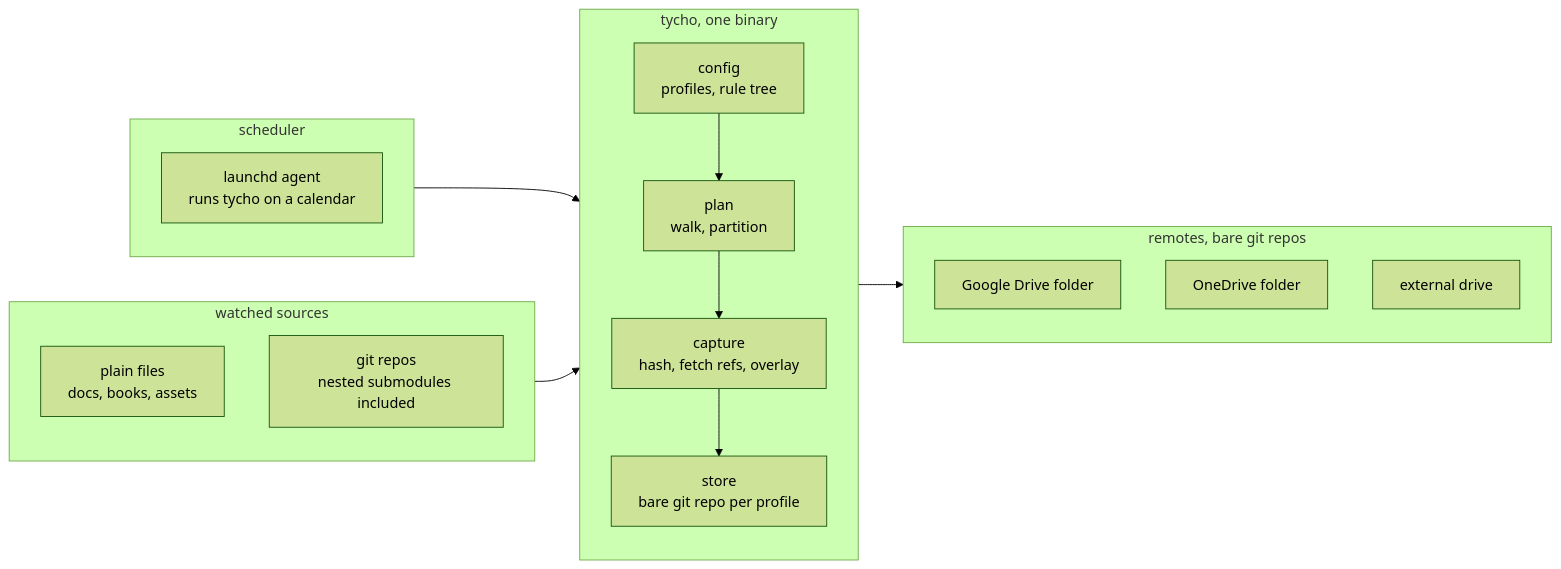
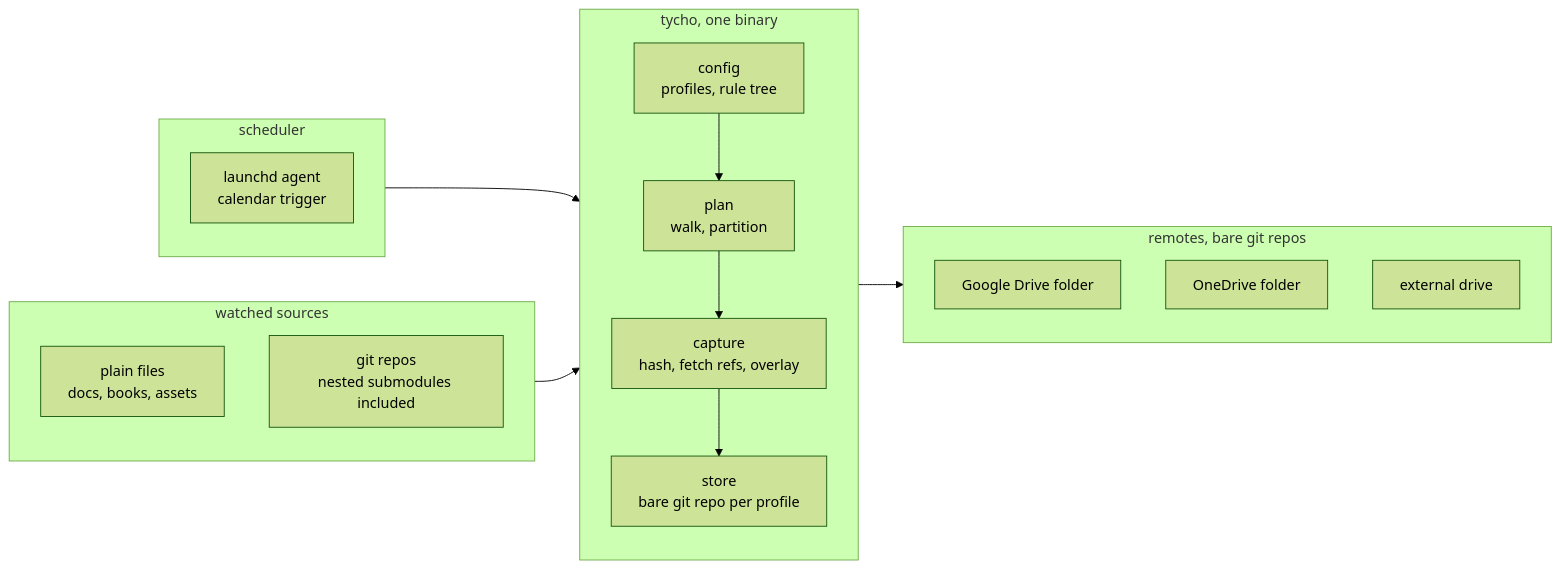
The first of 2 diagrams in docs/architecture/overview.md (CoreEngineX/tycho), drawn with Mermaid (forest theme) before and after one commit. The commit also changed 6 other files, not shown here.

First line of the commit message:
Make the diagrams readable

````diff
--- a/docs/architecture/overview.md
+++ b/docs/architecture/overview.md
@@ -23,29 +23,29 @@
 ```mermaid
 flowchart LR
   subgraph SRC["watched sources"]
     direction TB
     S1["plain files<br/>docs, books, assets"]
     S2["git repos<br/>nested submodules included"]
   end
   subgraph TY["tycho, one binary"]
     direction TB
     CFG["config<br/>profiles, rule tree"]
     PLAN["plan<br/>walk, partition"]
     CAP["capture<br/>hash, fetch refs, overlay"]
     ST["store<br/>bare git repo per profile"]
     CFG --> PLAN --> CAP --> ST
   end
   subgraph REM["remotes, bare git repos"]
     direction TB
     R1["Google Drive folder"]
     R2["OneDrive folder"]
     R3["external drive"]
   end
   subgraph SCHED["scheduler"]
     direction TB
-    LD["launchd agent<br/>runs tycho on a calendar"]
+    LD["launchd agent<br/>calendar trigger"]
   end
   SCHED --> TY
   SRC --> TY
   TY --> REM
 ```
````
